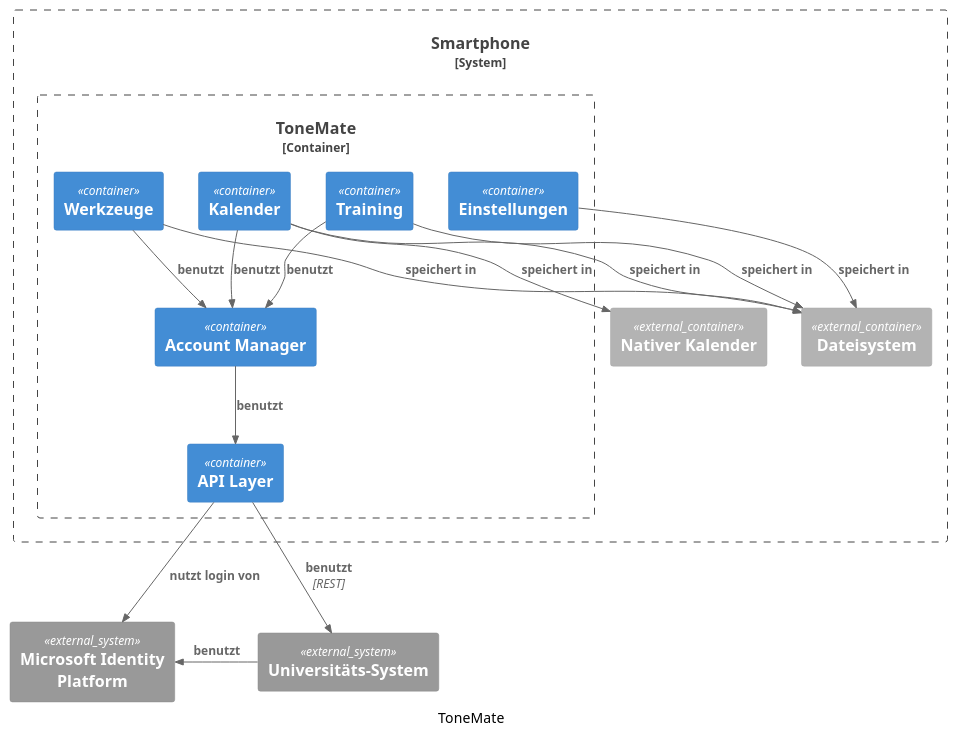
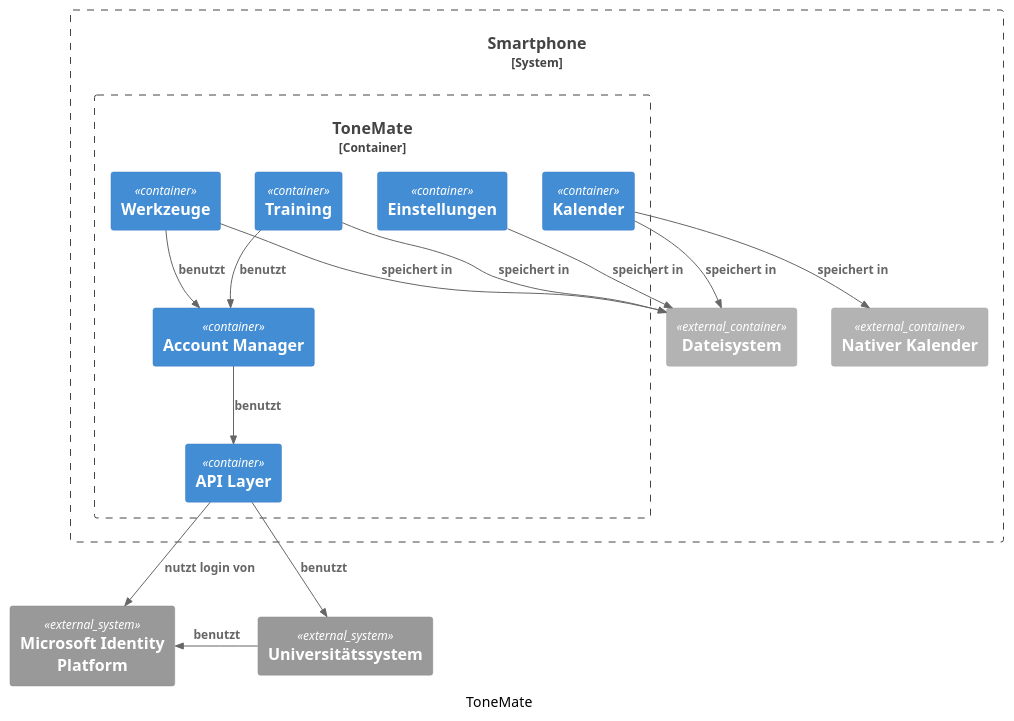
The diagram in diagrams/ebene1_toneMate.puml (BB223/sw-architecture), drawn with PlantUML before and after one commit. The commit also changed 18 other files, not shown here.

```diff
--- a/diagrams/ebene1_toneMate.puml
+++ b/diagrams/ebene1_toneMate.puml
@@ -1,36 +1,35 @@
 @startuml
 !include <C4/C4_Container>
 
 caption ToneMate
 
 System_Boundary(phone, "Smartphone") {
     Container_Boundary(toneMate, "ToneMate") {
         Container(werkzeuge, "Werkzeuge")
         Container(kalender, "Kalender")
         Container(training, "Training")
         Container(einstellungen, "Einstellungen")
         Container(accountManager, "Account Manager")
         Container(api, "API Layer")
 
         Rel(training, accountManager, "benutzt")
         Rel(werkzeuge, accountManager, "benutzt")
-        Rel(kalender, accountManager, "benutzt")
         Rel(accountManager, api, "benutzt")
     }
     Container_Ext(dateiSystem, "Dateisystem")
     Container_Ext(kalenderExt, "Nativer Kalender")
 
     Rel(kalender, kalenderExt, "speichert in")
     Rel(kalender, dateiSystem, "speichert in")
     Rel(werkzeuge, dateiSystem, "speichert in")
     Rel(training, dateiSystem, "speichert in")
     Rel(einstellungen, dateiSystem, "speichert in")
 }
 System_Ext(oauth, "Microsoft Identity Platform")
-System_Ext(uni, "Universitäts-System")
+System_Ext(uni, "Universitätssystem")
 
-Rel(api, uni, "benutzt", "REST")
+Rel(api, uni, "benutzt")
 Rel_L(uni, oauth, "benutzt")
 Rel(api, oauth, "nutzt login von")
 
 @enduml
```
